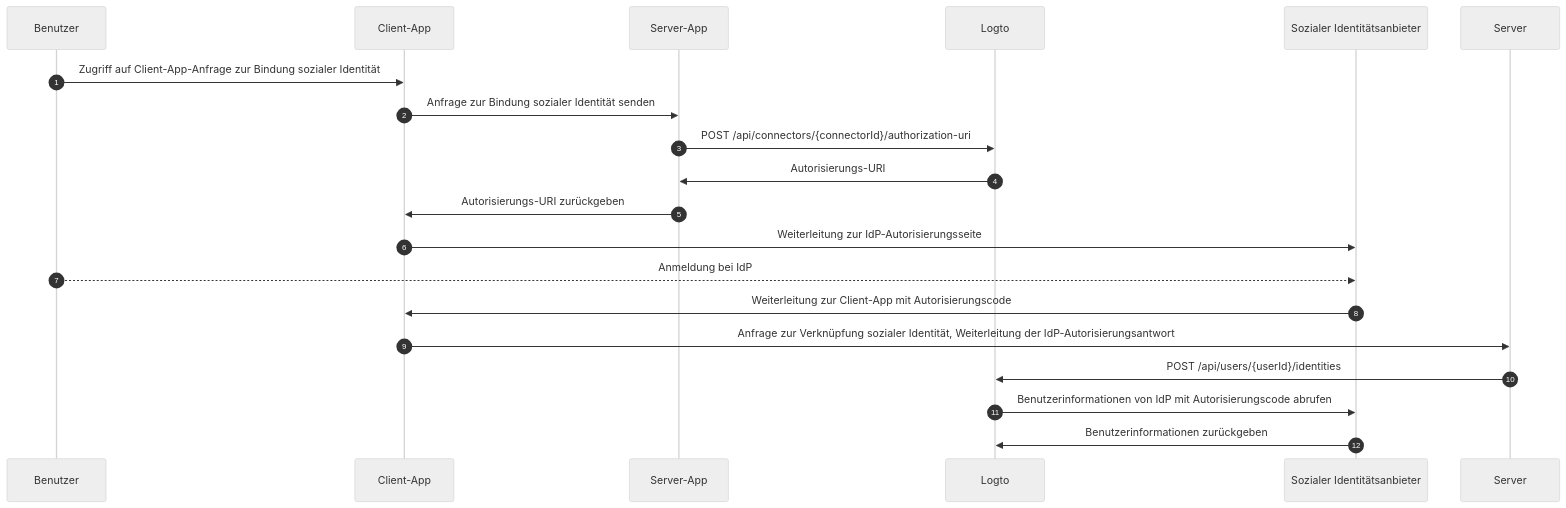
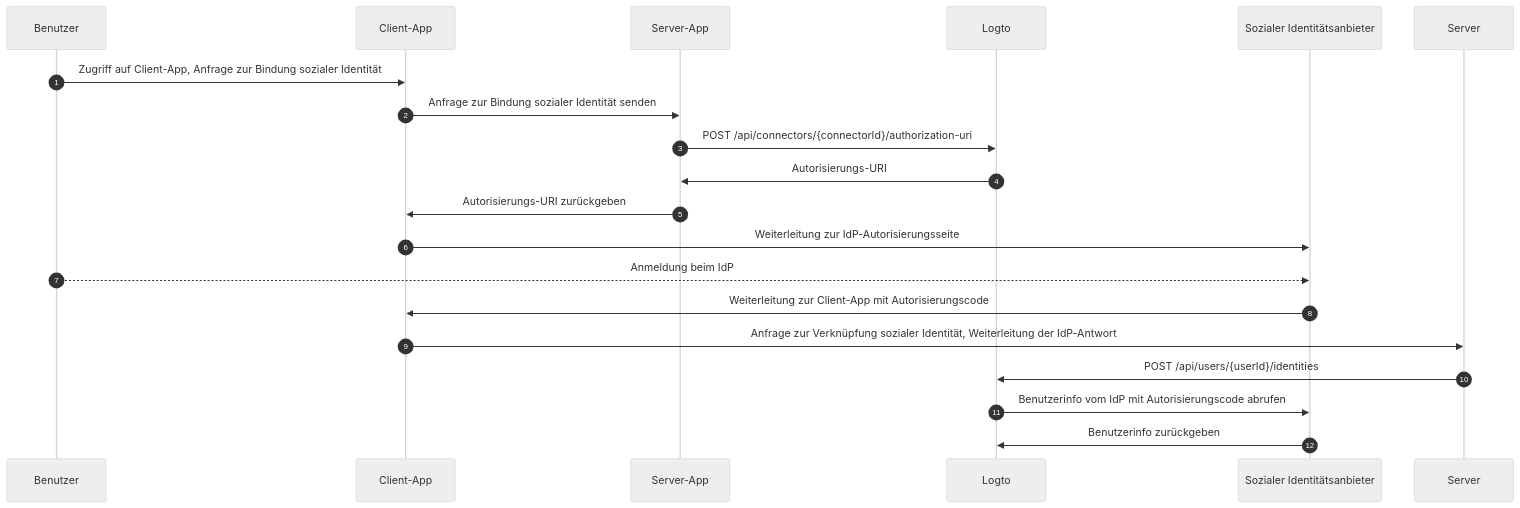
The third of 3 diagrams in i18n/de/docusaurus-plugin-content-docs/current/end-user-flows/account-settings/by-management-api.mdx (logto-io/docs), drawn with Mermaid (neutral theme) before and after one commit. The commit also changed other lines of this file and 80 other files, not shown here.

````diff
--- a/i18n/de/docusaurus-plugin-content-docs/current/end-user-flows/account-settings/by-management-api.mdx
+++ b/i18n/de/docusaurus-plugin-content-docs/current/end-user-flows/account-settings/by-management-api.mdx
@@ -120,22 +121,22 @@
 ```mermaid
 sequenceDiagram
     autoNumber
     participant User as Benutzer
     participant Client as Client-App
     participant App as Server-App
     participant Logto as Logto
     participant IdP as Sozialer Identitätsanbieter
 
-    User ->> Client: Zugriff auf Client-App-Anfrage zur Bindung sozialer Identität
+    User ->> Client: Zugriff auf Client-App, Anfrage zur Bindung sozialer Identität
     Client ->> App: Anfrage zur Bindung sozialer Identität senden
     App ->> Logto: POST /api/connectors/{connectorId}/authorization-uri
     Logto ->> App: Autorisierungs-URI
     App ->> Client: Autorisierungs-URI zurückgeben
     Client ->> IdP: Weiterleitung zur IdP-Autorisierungsseite
-    User -->> IdP: Anmeldung bei IdP
+    User -->> IdP: Anmeldung beim IdP
     IdP ->> Client: Weiterleitung zur Client-App mit Autorisierungscode
-    Client ->> Server: Anfrage zur Verknüpfung sozialer Identität, Weiterleitung der IdP-Autorisierungsantwort
+    Client ->> Server: Anfrage zur Verknüpfung sozialer Identität, Weiterleitung der IdP-Antwort
     Server ->> Logto: POST /api/users/{userId}/identities
-    Logto ->> IdP: Benutzerinformationen von IdP mit Autorisierungscode abrufen
-    IdP ->> Logto: Benutzerinformationen zurückgeben
+    Logto ->> IdP: Benutzerinfo vom IdP mit Autorisierungscode abrufen
+    IdP ->> Logto: Benutzerinfo zurückgeben
 ```
````
